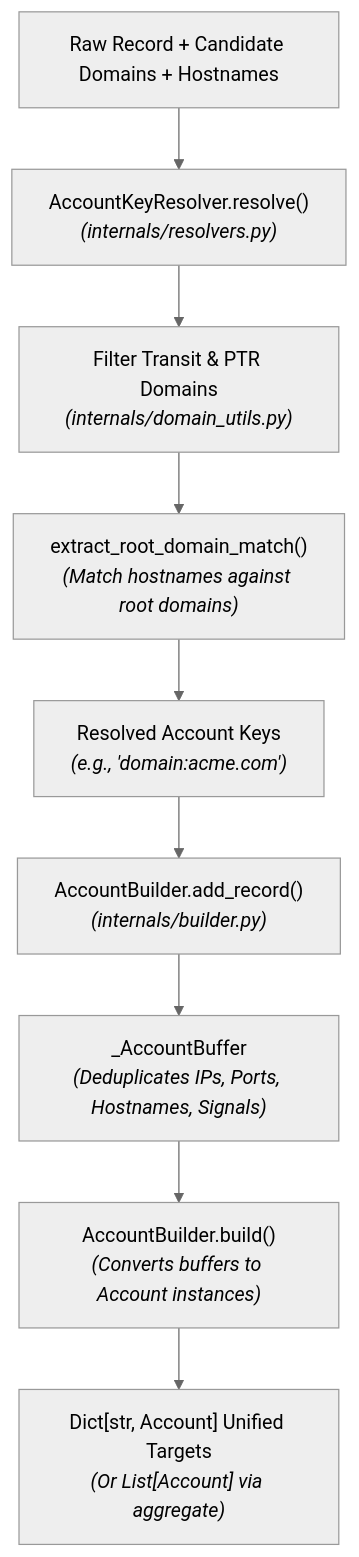
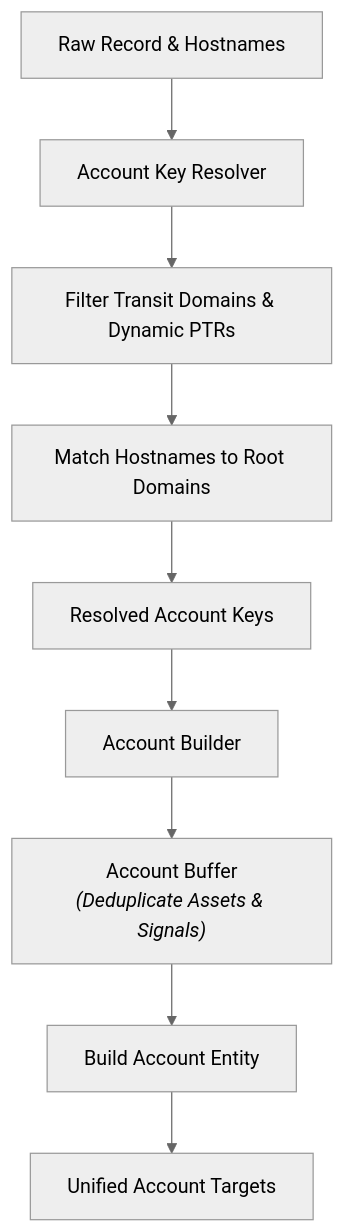
One commit to dev-anuj007/cyber_intel changed the fourth of 4 diagrams in backend/src/services/aggregator/README.md. Above: the diagram before and after it, drawn with Mermaid (neutral theme). The commit also changed other lines of this file, not shown here.

````diff
--- a/backend/src/services/aggregator/README.md
+++ b/backend/src/services/aggregator/README.md
@@ -112,11 +112,11 @@
 ```mermaid
 flowchart TD
-    Record["Raw Record + Candidate Domains + Hostnames"] --> Res["AccountKeyResolver.resolve()<br/><i>(internals/resolvers.py)</i>"]
-    Res --> Filter["Filter Transit & PTR Domains<br/><i>(internals/domain_utils.py)</i>"]
-    Filter --> Match["extract_root_domain_match()<br/><i>(Match hostnames against root domains)</i>"]
-    Match --> Keys["Resolved Account Keys<br/><i>(e.g., 'domain:acme.com')</i>"]
-    Keys --> Builder["AccountBuilder.add_record()<br/><i>(internals/builder.py)</i>"]
-    Builder --> Buffer["_AccountBuffer<br/><i>(Deduplicates IPs, Ports, Hostnames, Signals)</i>"]
-    Buffer --> Build["AccountBuilder.build()<br/><i>(Converts buffers to Account instances)</i>"]
-    Build --> Accounts["Dict[str, Account] Unified Targets<br/><i>(Or List[Account] via aggregate)</i>"]
+    Record["Raw Record & Hostnames"] --> Res["Account Key Resolver"]
+    Res --> Filter["Filter Transit Domains & Dynamic PTRs"]
+    Filter --> Match["Match Hostnames to Root Domains"]
+    Match --> Keys["Resolved Account Keys"]
+    Keys --> Builder["Account Builder"]
+    Builder --> Buffer["Account Buffer<br/><i>(Deduplicate Assets & Signals)</i>"]
+    Buffer --> Build["Build Account Entity"]
+    Build --> Accounts["Unified Account Targets"]
 ```
````
